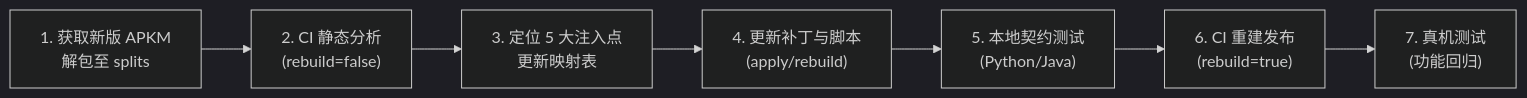
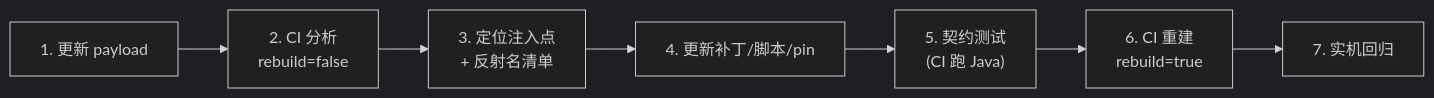
Before and after one commit to huang6668/apple-music-vivo-car-lyrics: the third of 3 diagrams in docs/FUTURE_APK_UPGRADE_GUIDE.zh-CN.md, drawn with Mermaid (dark theme). The commit also changed other lines of this file and 53 other files, not shown here.

````diff
--- a/docs/FUTURE_APK_UPGRADE_GUIDE.zh-CN.md
+++ b/docs/FUTURE_APK_UPGRADE_GUIDE.zh-CN.md
@@ -217,9 +284,9 @@
 ```mermaid
 flowchart LR
-    S1["1. 获取新版 APKM\n解包至 splits"] --> S2["2. CI 静态分析\n(rebuild=false)"]
-    S2 --> S3["3. 定位 5 大注入点\n更新映射表"]
-    S3 --> S4["4. 更新补丁与脚本\n(apply/rebuild)"]
-    S4 --> S5["5. 本地契约测试\n(Python/Java)"]
-    S5 --> S6["6. CI 重建发布\n(rebuild=true)"]
-    S6 --> S7["7. 真机测试\n(功能回归)"]
+    S1["1. 更新 payload"] --> S2["2. CI 分析\nrebuild=false"]
+    S2 --> S3["3. 定位注入点\n+ 反射名清单"]
+    S3 --> S4["4. 更新补丁/脚本/pin"]
+    S4 --> S5["5. 契约测试\n(CI 跑 Java)"]
+    S5 --> S6["6. CI 重建\nrebuild=true"]
+    S6 --> S7["7. 实机回归"]
 ```
````
